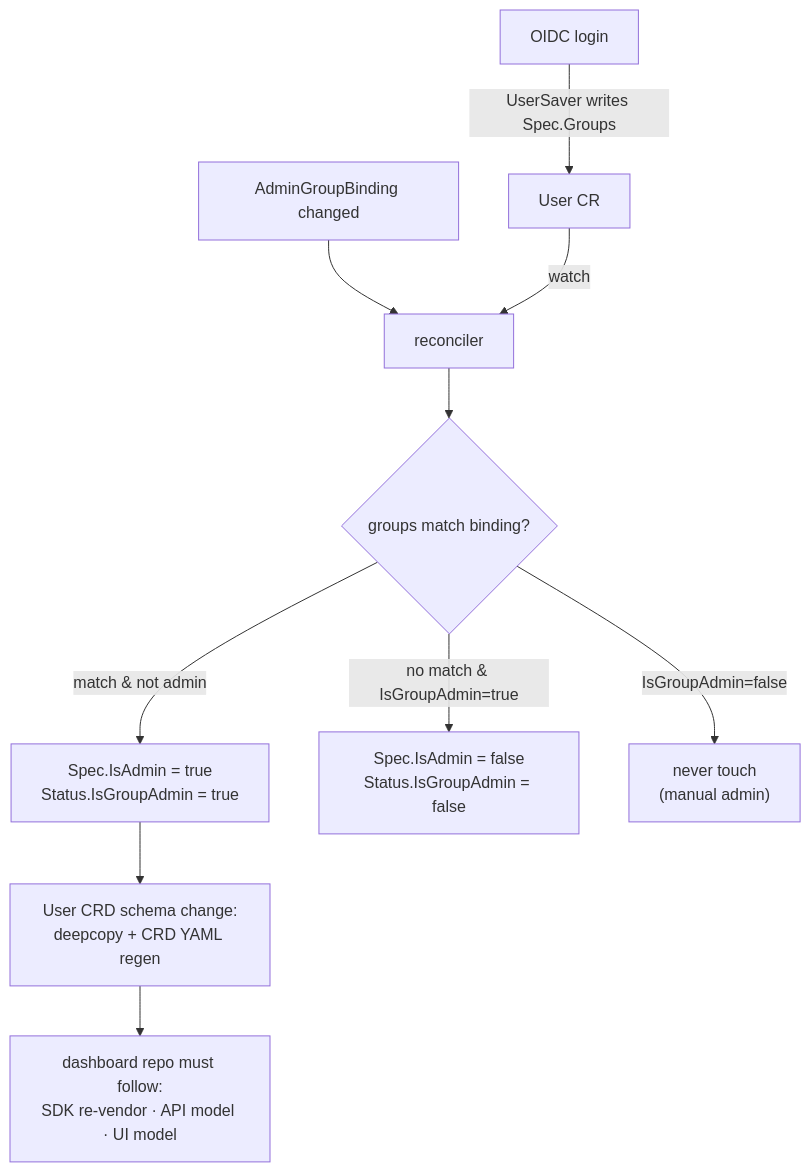
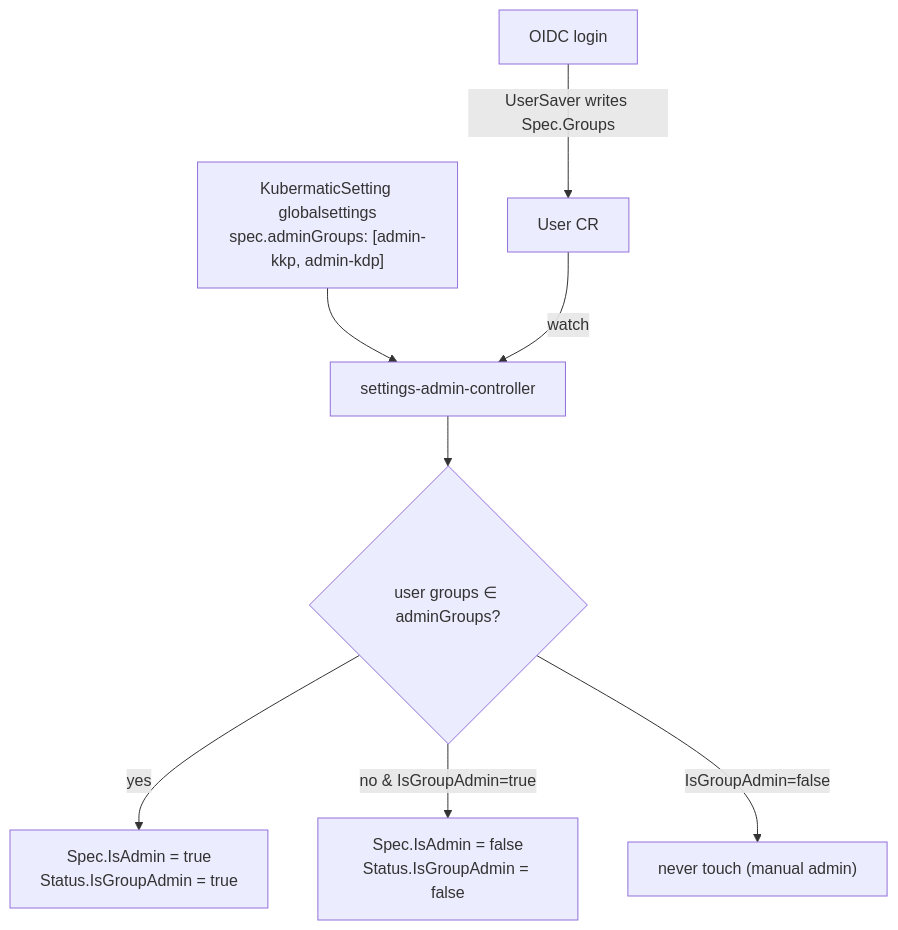
One commit to KhizerRehan/kubermatic-backend changed the third of 5 diagrams in ai/plans/admin-group-binding.plan.md. Above: the diagram before and after it, drawn with Mermaid. The commit also changed other lines of this file, not shown here.

````diff
--- a/ai/plans/admin-group-binding.plan.md
+++ b/ai/plans/admin-group-binding.plan.md
@@ -103,12 +108,10 @@
 ```mermaid
 flowchart TD
+    S["KubermaticSetting globalsettings<br/>spec.adminGroups: [admin-kkp, admin-kdp]"] --> R[settings-admin-controller]
     L[OIDC login] -->|UserSaver writes Spec.Groups| U[User CR]
-    B[AdminGroupBinding changed] --> R[reconciler]
     U -->|watch| R
-    R --> DEC{groups match binding?}
-    DEC -->|match & not admin| P["Spec.IsAdmin = true<br/>Status.IsGroupAdmin = true"]
-    DEC -->|no match & IsGroupAdmin=true| D["Spec.IsAdmin = false<br/>Status.IsGroupAdmin = false"]
-    DEC -->|IsGroupAdmin=false| N["never touch<br/>(manual admin)"]
-    P --> API[User CRD schema change:<br/>deepcopy + CRD YAML regen]
-    API --> DASH["dashboard repo must follow:<br/>SDK re-vendor · API model · UI model"]
+    R --> DEC{user groups ∈ adminGroups?}
+    DEC -->|yes| P["Spec.IsAdmin = true<br/>Status.IsGroupAdmin = true"]
+    DEC -->|no & IsGroupAdmin=true| D["Spec.IsAdmin = false<br/>Status.IsGroupAdmin = false"]
+    DEC -->|IsGroupAdmin=false| N["never touch (manual admin)"]
 ```
````
